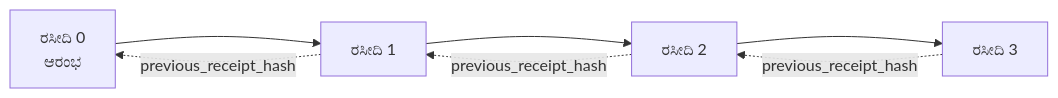
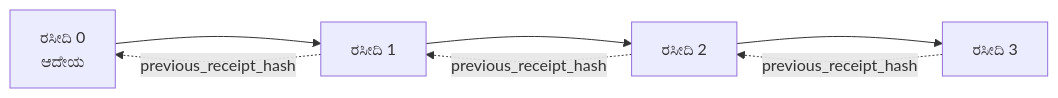
The second of 2 diagrams in mirrors/repos/microsoft@ai-agents-for-beginners/translations/kn/18-securing-ai-agents/README.md (gabrielmoreira/agent-skills-mirror), drawn with Mermaid before and after one commit. The commit also changed other lines of this file and 2285 other files, not shown here.

````diff
--- a/mirrors/repos/microsoft@ai-agents-for-beginners/translations/kn/18-securing-ai-agents/README.md
+++ b/mirrors/repos/microsoft@ai-agents-for-beginners/translations/kn/18-securing-ai-agents/README.md
@@ -206,9 +206,9 @@
 ```mermaid
 flowchart LR
-    R0[ರಸೀದಿ 0<br/>ಆರಂಭ] --> R1[ರಸೀದಿ 1]
+    R0[ರಸೀದಿ 0<br/>ಆದೇಯ] --> R1[ರಸೀದಿ 1]
     R1 --> R2[ರಸೀದಿ 2]
     R2 --> R3[ರಸೀದಿ 3]
     R1 -. previous_receipt_hash .-> R0
     R2 -. previous_receipt_hash .-> R1
     R3 -. previous_receipt_hash .-> R2
 ```
````
